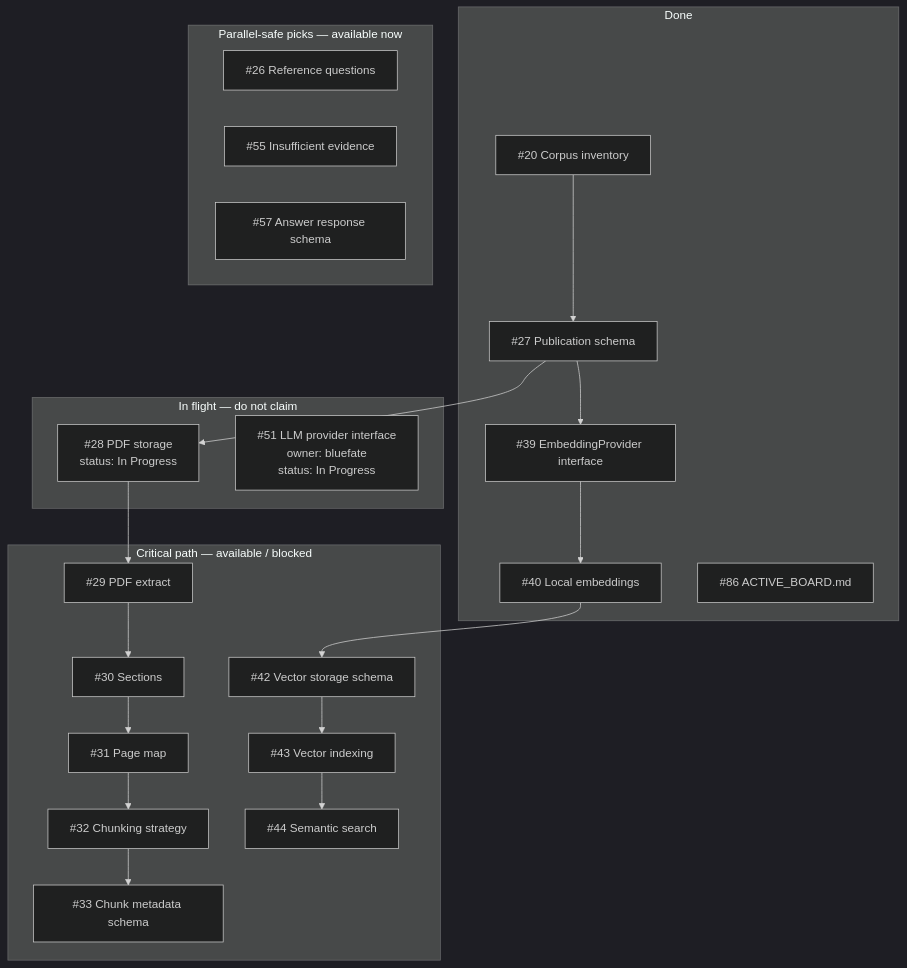
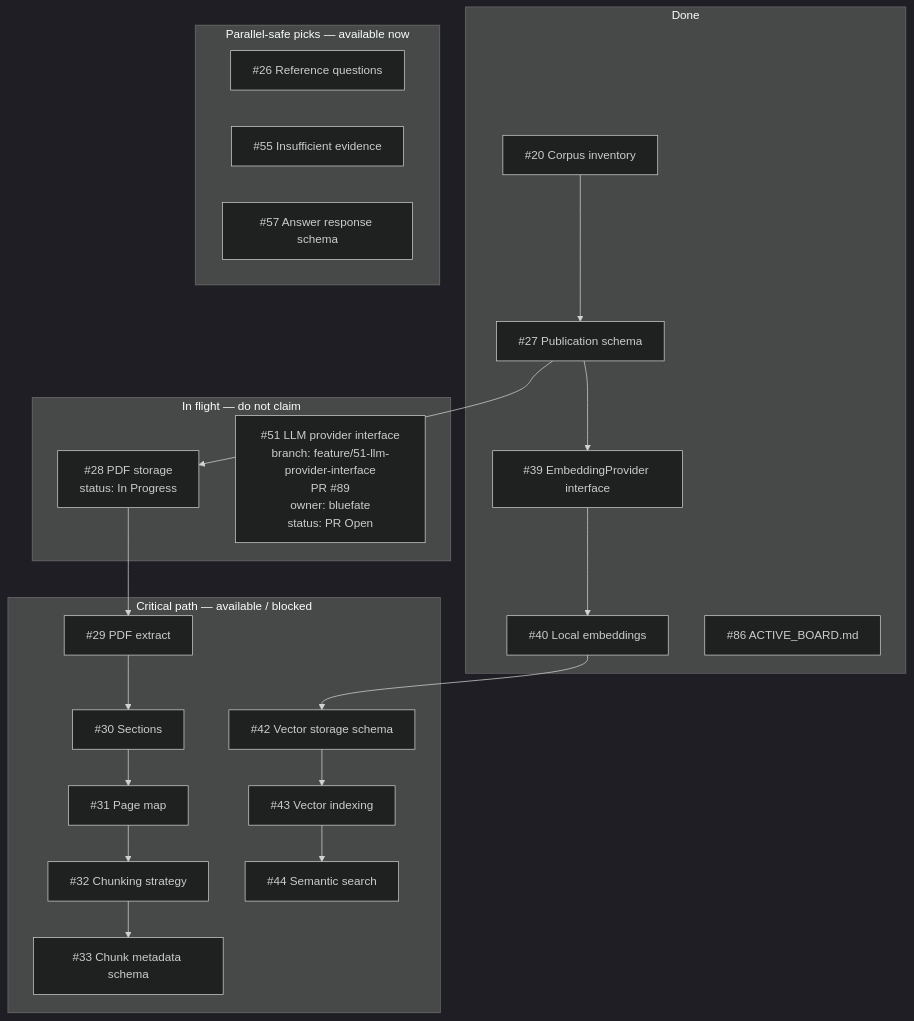
Before and after one commit to bluefate/spacebio-evidence-engine: the diagram in docs/development/ACTIVE_BOARD.md, drawn with Mermaid (dark theme). The commit also changed other lines of this file, not shown here.

````diff
--- a/docs/development/ACTIVE_BOARD.md
+++ b/docs/development/ACTIVE_BOARD.md
@@ -61,41 +61,41 @@
 ```mermaid
 flowchart TB
   subgraph done [Done]
     i20["#20 Corpus inventory"]
     i27["#27 Publication schema"]
     i39["#39 EmbeddingProvider interface"]
     i40["#40 Local embeddings"]
     i86["#86 ACTIVE_BOARD.md"]
   end
   subgraph inflight [In flight — do not claim]
     i28["#28 PDF storage<br/>status: In Progress"]
-    i51["#51 LLM provider interface<br/>owner: bluefate<br/>status: In Progress"]
+    i51["#51 LLM provider interface<br/>branch: feature/51-llm-provider-interface<br/>PR #89<br/>owner: bluefate<br/>status: PR Open"]
   end
   subgraph nextCritical [Critical path — available / blocked]
     i29["#29 PDF extract"]
     i30["#30 Sections"]
     i31["#31 Page map"]
     i32["#32 Chunking strategy"]
     i33["#33 Chunk metadata schema"]
     i42["#42 Vector storage schema"]
     i43["#43 Vector indexing"]
     i44["#44 Semantic search"]
   end
   subgraph nextParallel [Parallel-safe picks — available now]
     i26["#26 Reference questions"]
     i55["#55 Insufficient evidence"]
     i57["#57 Answer response schema"]
   end
   i20 --> i27
   i27 --> i28
   i28 --> i29
   i29 --> i30
   i30 --> i31
   i31 --> i32
   i32 --> i33
   i27 --> i39
   i39 --> i40
   i40 --> i42
   i42 --> i43
   i43 --> i44
 ```
````
